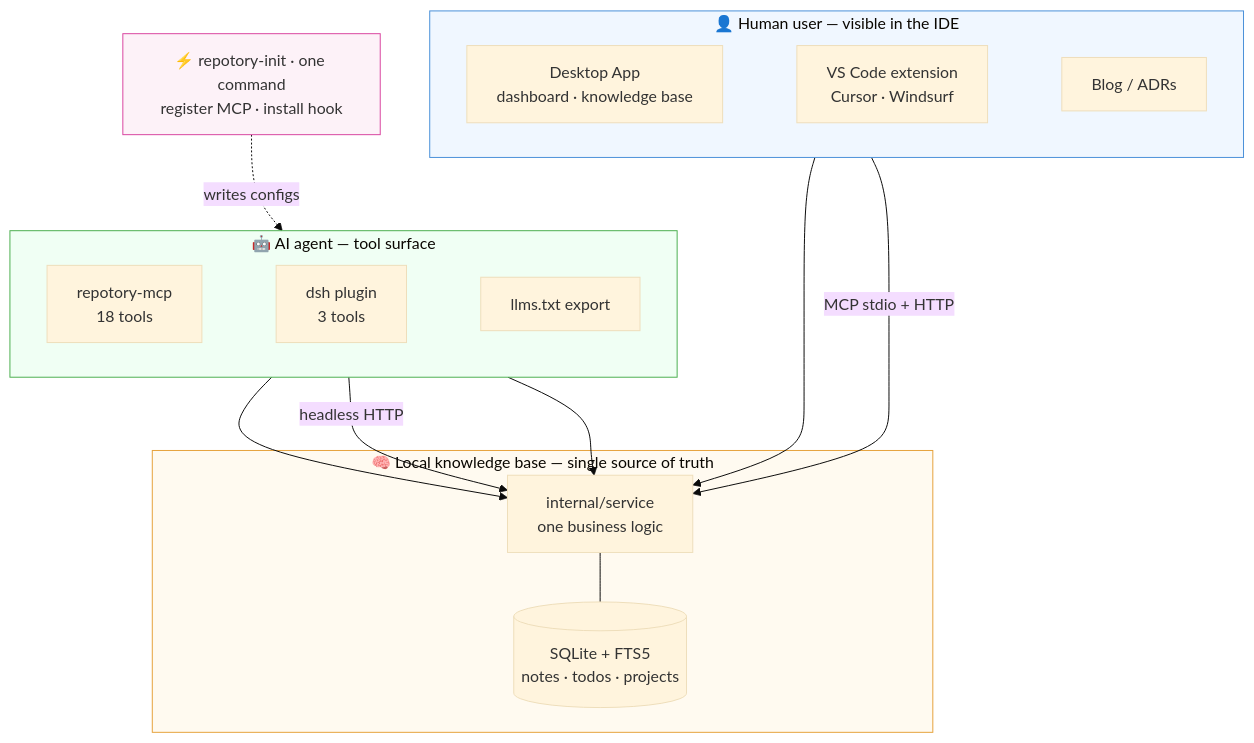
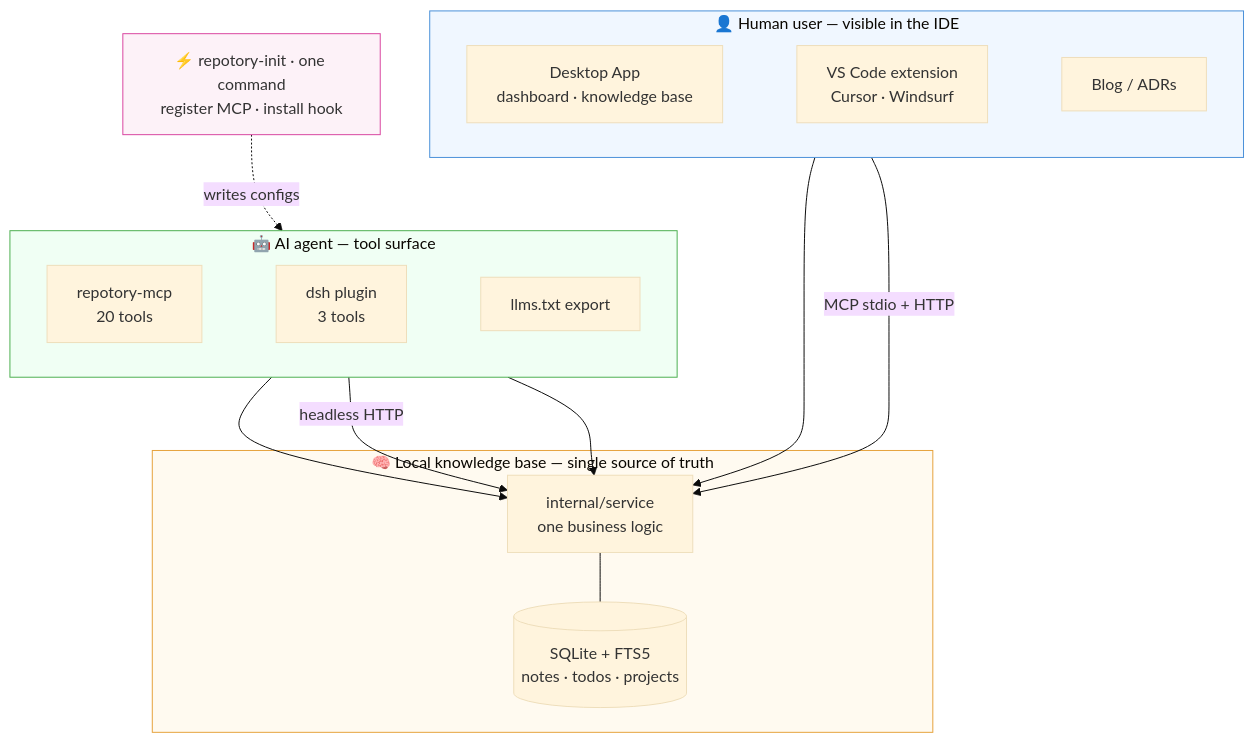
The third of 3 diagrams in docs/en/index.md (sky-jiangcheng/cinder), drawn with Mermaid (base theme) before and after one commit. The commit also changed other lines of this file and 12 other files, not shown here.

````diff
--- a/docs/en/index.md
+++ b/docs/en/index.md
@@ -76,37 +76,37 @@
 ```mermaid
 flowchart TB
     subgraph HUMAN["👤 Human user — visible in the IDE"]
         direction LR
         DESKTOP["Desktop App<br/>dashboard · knowledge base"]
         VSCODE["VS Code extension<br/>Cursor · Windsurf"]
         BLOG["Blog / ADRs"]
         DESKTOP ~~~ VSCODE ~~~ BLOG
     end
 
     subgraph AGENT["🤖 AI agent — tool surface"]
         direction LR
-        MCP["repotory-mcp<br/>18 tools"]
+        MCP["repotory-mcp<br/>20 tools"]
         DSH["dsh plugin<br/>3 tools"]
         LLMSTXT["llms.txt export"]
         MCP ~~~ DSH ~~~ LLMSTXT
     end
 
     subgraph CORE["🧠 Local knowledge base — single source of truth"]
         SERVICE["internal/service<br/>one business logic"] --- DB[("SQLite + FTS5<br/>notes · todos · projects")]
     end
 
     HUMAN ~~~ AGENT ~~~ CORE
     DESKTOP --> SERVICE
     VSCODE -->|"MCP stdio + HTTP"| SERVICE
     MCP --> SERVICE
     DSH -->|"headless HTTP"| SERVICE
     LLMSTXT --> SERVICE
 
     INIT["⚡ repotory-init · one command<br/>register MCP · install hook"]
     INIT -.->|"writes configs"| MCP
 
     style HUMAN fill:#f0f7ff,stroke:#4a90d9
     style AGENT fill:#f0fff4,stroke:#4caf50
     style CORE fill:#fffaf0,stroke:#e6a23c
     style INIT fill:#fdf2f8,stroke:#d946a0
 ```
````
